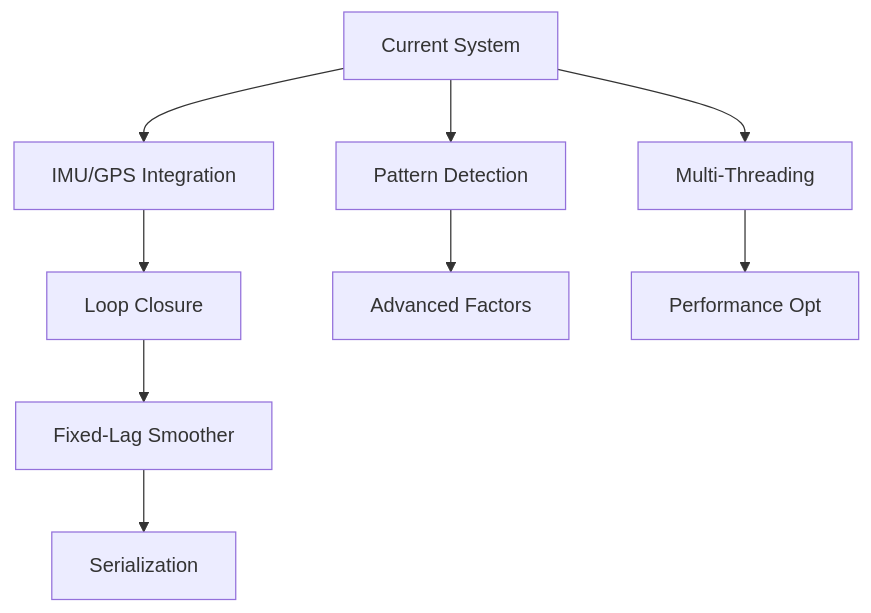
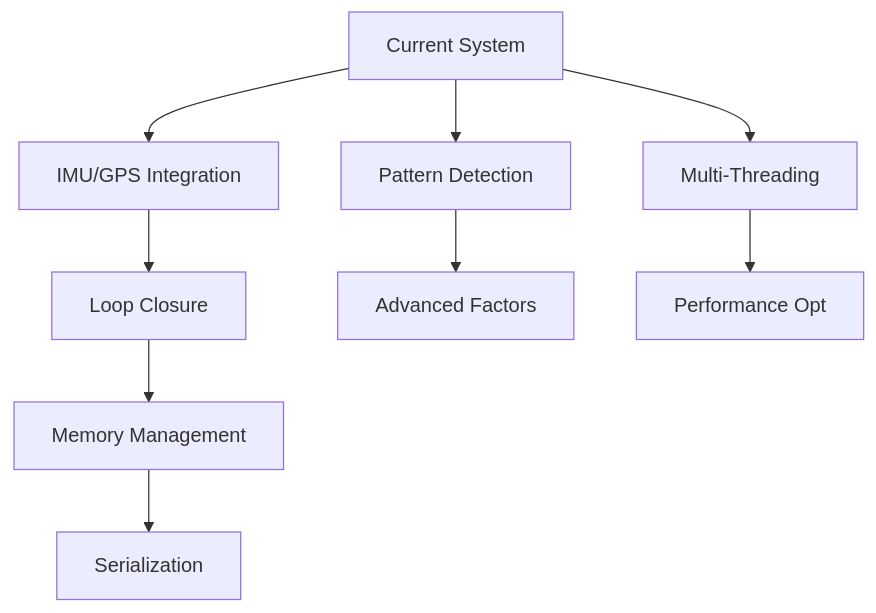
The diagram in docs/future_development_todo.md (rkdals0131/ConeSTELLATION), drawn with Mermaid before and after one commit. The commit also changed other lines of this file and 11 other files, not shown here.

````diff
--- a/docs/future_development_todo.md
+++ b/docs/future_development_todo.md
@@ -176,11 +180,11 @@
 ```mermaid
 graph TD
     A[Current System] --> B[IMU/GPS Integration]
     A --> C[Pattern Detection]
     A --> D[Multi-Threading]
     B --> E[Loop Closure]
     C --> F[Advanced Factors]
     D --> G[Performance Opt]
-    E --> H[Fixed-Lag Smoother]
+    E --> H[Memory Management]
     H --> I[Serialization]
 ```
````
